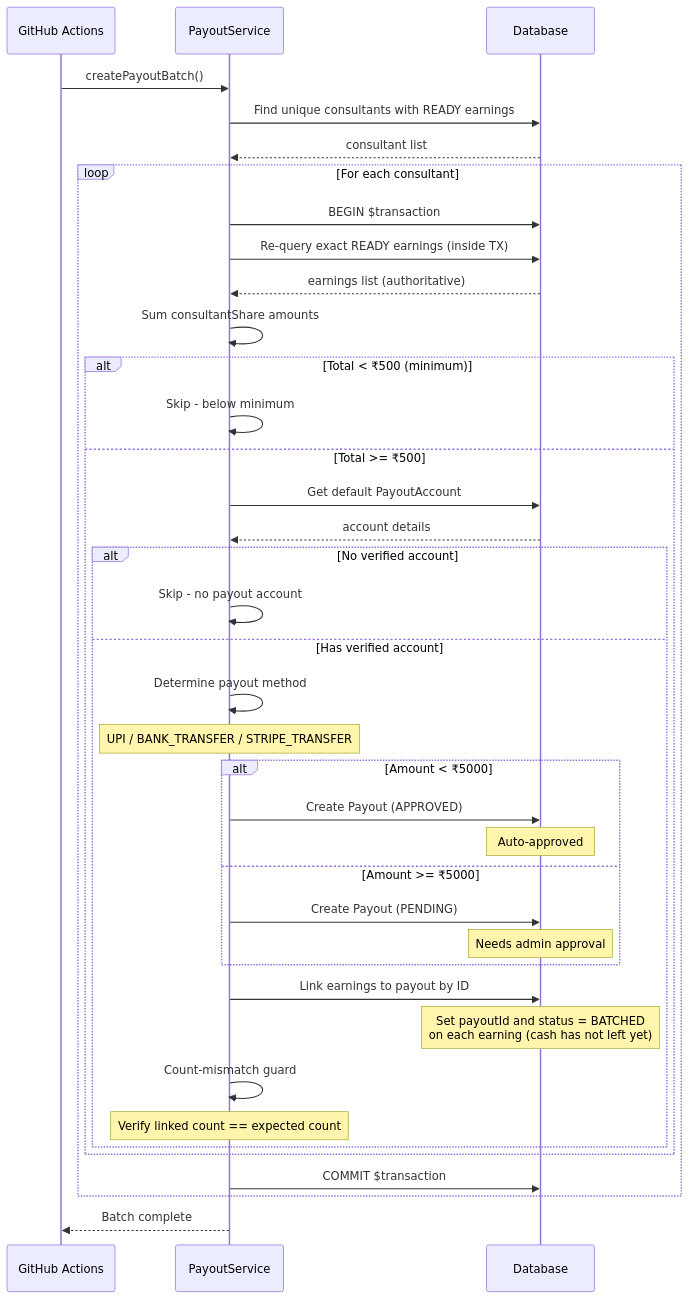
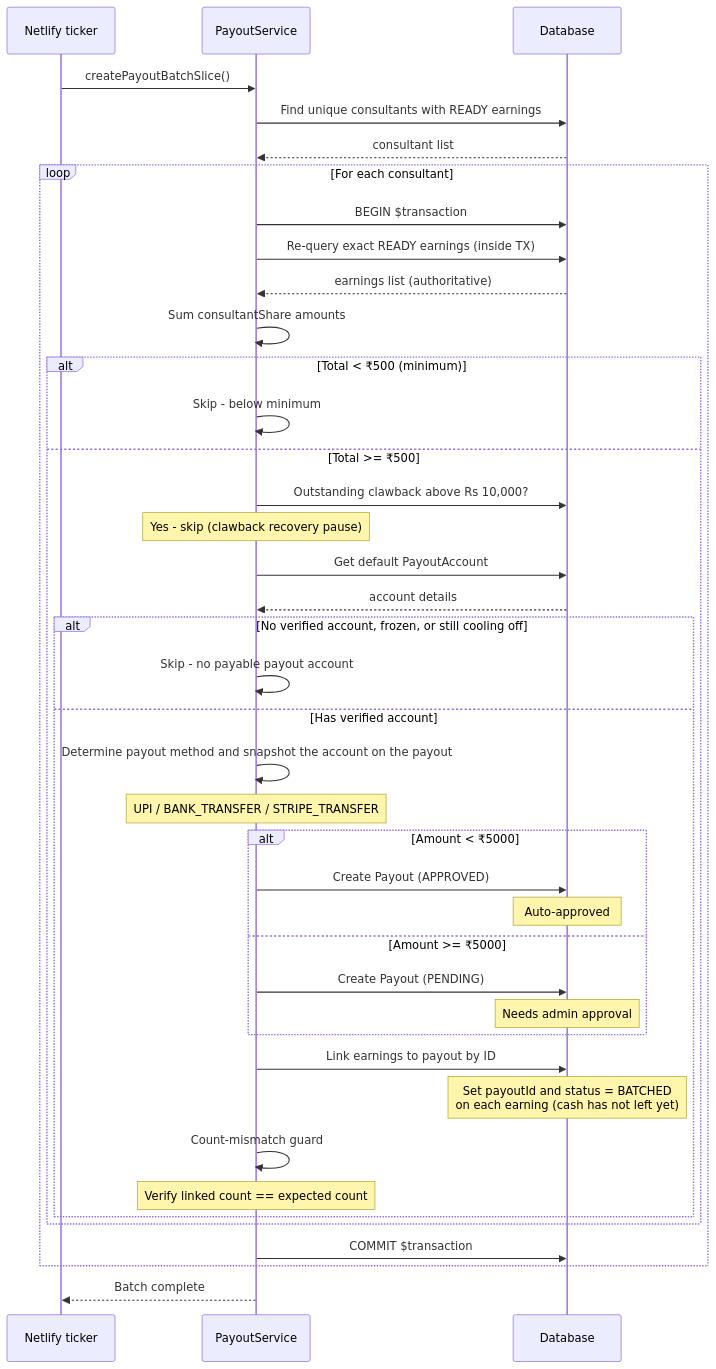
One commit to Practitionist/familiarise_web changed the second of 9 diagrams in docs/payments/payouts/03-payout-processing.md. Above: the diagram before and after it, drawn with Mermaid. The commit also changed other lines of this file and 34 other files, not shown here.

````diff
--- a/docs/payments/payouts/03-payout-processing.md
+++ b/docs/payments/payouts/03-payout-processing.md
@@ -66,49 +66,51 @@
 ```mermaid
 sequenceDiagram
-    participant GH as GitHub Actions
+    participant GH as Netlify ticker
     participant PS as PayoutService
     participant DB as Database
 
-    GH->>PS: createPayoutBatch()
+    GH->>PS: createPayoutBatchSlice()
 
     PS->>DB: Find unique consultants with READY earnings
     DB-->>PS: consultant list
 
     loop For each consultant
         PS->>DB: BEGIN $transaction
         PS->>DB: Re-query exact READY earnings (inside TX)
         DB-->>PS: earnings list (authoritative)
 
         PS->>PS: Sum consultantShare amounts
 
         alt Total < ₹500 (minimum)
             PS->>PS: Skip - below minimum
         else Total >= ₹500
+            PS->>DB: Outstanding clawback above Rs 10,000?
+            Note over PS: Yes - skip (clawback recovery pause)
             PS->>DB: Get default PayoutAccount
             DB-->>PS: account details
 
-            alt No verified account
-                PS->>PS: Skip - no payout account
+            alt No verified account, frozen, or still cooling off
+                PS->>PS: Skip - no payable payout account
             else Has verified account
-                PS->>PS: Determine payout method
+                PS->>PS: Determine payout method and snapshot the account on the payout
                 Note over PS: UPI / BANK_TRANSFER / STRIPE_TRANSFER
 
                 alt Amount < ₹5000
                     PS->>DB: Create Payout (APPROVED)
                     Note over DB: Auto-approved
                 else Amount >= ₹5000
                     PS->>DB: Create Payout (PENDING)
                     Note over DB: Needs admin approval
                 end
 
                 PS->>DB: Link earnings to payout by ID
                 Note over DB: Set payoutId and status = BATCHED<br/>on each earning (cash has not left yet)
                 PS->>PS: Count-mismatch guard
                 Note over PS: Verify linked count == expected count
             end
         end
         PS->>DB: COMMIT $transaction
     end
 
     PS-->>GH: Batch complete
 ```
````
